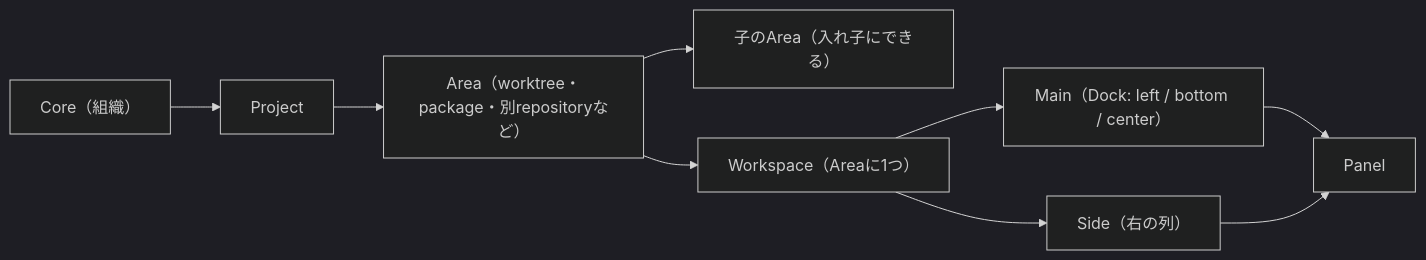
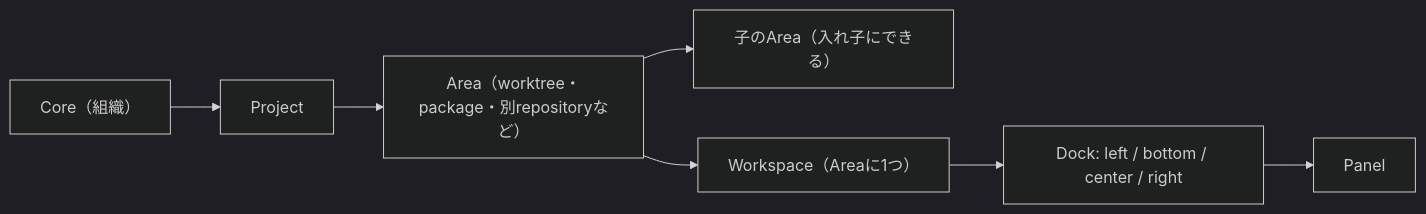
One commit to naatin777/plugumi changed the first of 2 diagrams in docs/designs/00004-web-plugin-screen-hierarchy.md. Above: the diagram before and after it, drawn with Mermaid (dark theme). The commit also changed other lines of this file and 30 other files, not shown here.

````diff
--- a/docs/designs/00004-web-plugin-screen-hierarchy.md
+++ b/docs/designs/00004-web-plugin-screen-hierarchy.md
@@ -22,11 +22,9 @@
 ```mermaid
 flowchart LR
     Core["Core（組織）"] --> Project["Project"]
     Project --> Area["Area（worktree・package・別repositoryなど）"]
     Area --> Child["子のArea（入れ子にできる）"]
     Area --> Workspace["Workspace（Areaに1つ）"]
-    Workspace --> Main["Main（Dock: left / bottom / center）"]
-    Workspace --> Side["Side（右の列）"]
-    Main --> Panel["Panel"]
-    Side --> Panel
+    Workspace --> Docks["Dock: left / bottom / center / right"]
+    Docks --> Panel["Panel"]
 ```
````
